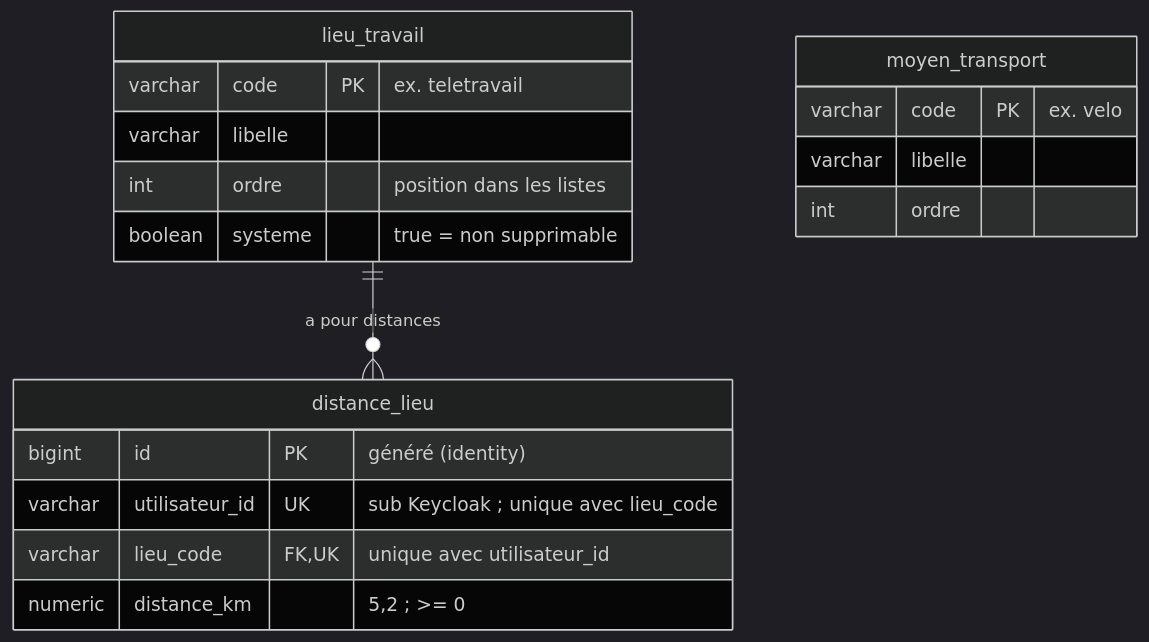
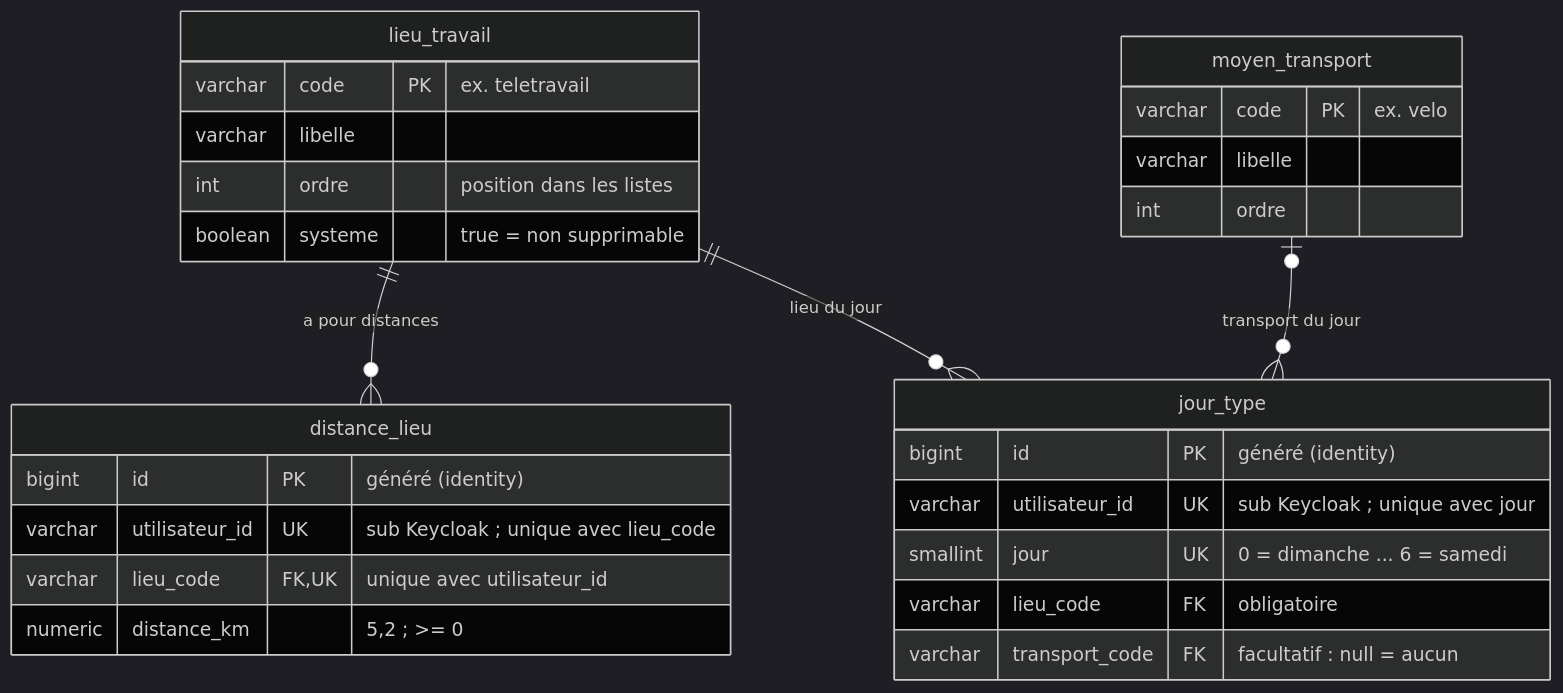
The third of 3 diagrams in docs/architecture.md (tadamiura-delia/prime-transport-api), drawn with Mermaid (dark theme) before and after one commit. The commit also changed other lines of this file, not shown here.

Commit message:
mise à jour de la documentation : étape 2

````diff
--- a/docs/architecture.md
+++ b/docs/architecture.md
@@ -82,24 +107,34 @@
 ```mermaid
 erDiagram
     lieu_travail {
         varchar code PK "ex. teletravail"
         varchar libelle
         int ordre "position dans les listes"
         boolean systeme "true = non supprimable"
     }
 
     moyen_transport {
         varchar code PK "ex. velo"
         varchar libelle
         int ordre
     }
 
     distance_lieu {
         bigint id PK "généré (identity)"
         varchar utilisateur_id UK "sub Keycloak ; unique avec lieu_code"
         varchar lieu_code FK,UK "unique avec utilisateur_id"
         numeric distance_km "5,2 ; >= 0"
     }
 
+    jour_type {
+        bigint id PK "généré (identity)"
+        varchar utilisateur_id UK "sub Keycloak ; unique avec jour"
+        smallint jour UK "0 = dimanche ... 6 = samedi"
+        varchar lieu_code FK "obligatoire"
+        varchar transport_code FK "facultatif : null = aucun"
+    }
+
     lieu_travail ||--o{ distance_lieu : "a pour distances"
+    lieu_travail ||--o{ jour_type : "lieu du jour"
+    moyen_transport |o--o{ jour_type : "transport du jour"
 ```
````
